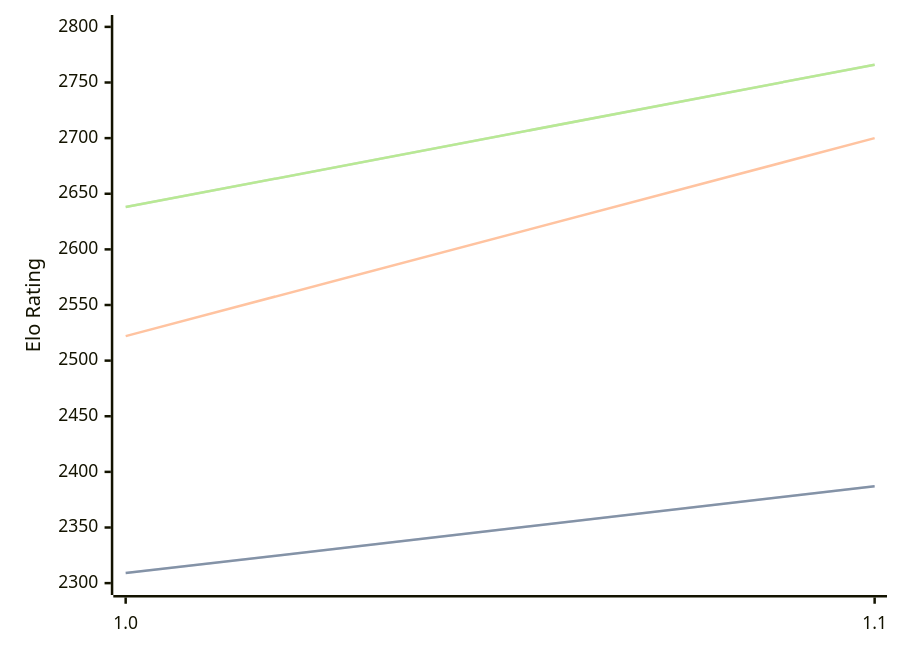
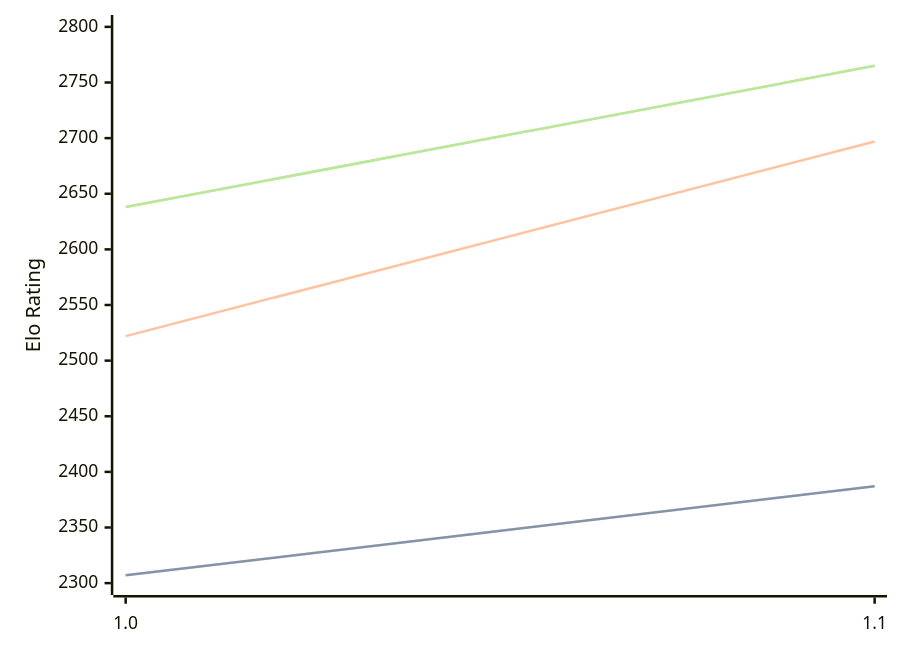
One commit to computer-chess-index/cci changed the third of 3 diagrams in engines/FoxChess.md. Above: the diagram before and after it, drawn with Mermaid. The commit also changed other lines of this file, not shown here.

Commit message:
Update CCI Ratings (ELO VLTC) - 2026-06-19

````diff
--- a/engines/FoxChess.md
+++ b/engines/FoxChess.md
@@ -65,11 +65,11 @@
 ```mermaid
 %%{init: {"theme":"base","themeVariables":{"seriesColors:['#a3a3a3','#222221','#faa371']}}}%%
 xychart-beta
   x-axis ["1.0", "1.1"]
   y-axis "Elo Rating" 2300 --> 2800
-  line "STC (8.0+0.08s)" [2309, 2387]
-  line "STC (8.0+0.08s)" [2309, 2387]
-  line "LTC (60.0+0.60s)" [2522, 2700]
-  line "VLTC (2m24s+1.12s)" [2638, 2766]
-  line "VLTC (2m24s+1.12s)" [2638, 2766]
+  line "STC (8.0+0.08s)" [2307, 2387]
+  line "STC (8.0+0.08s)" [2307, 2387]
+  line "LTC (60.0+0.60s)" [2522, 2697]
+  line "VLTC (2m24s+1.12s)" [2638, 2765]
+  line "VLTC (2m24s+1.12s)" [2638, 2765]
 ```
````
